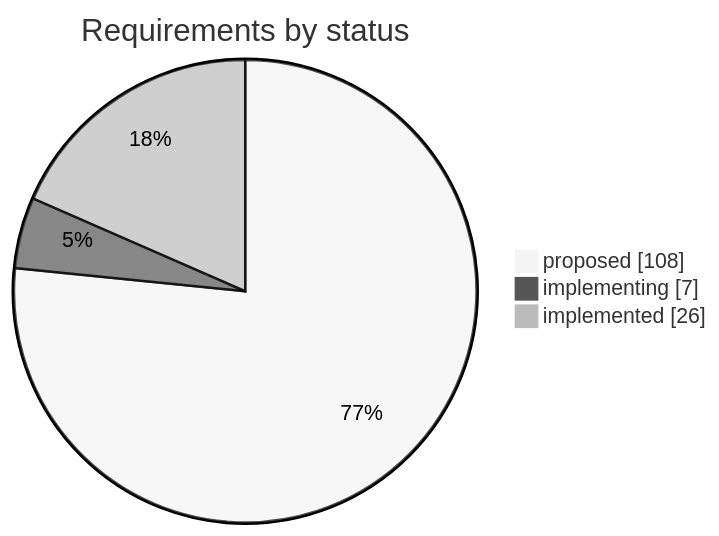
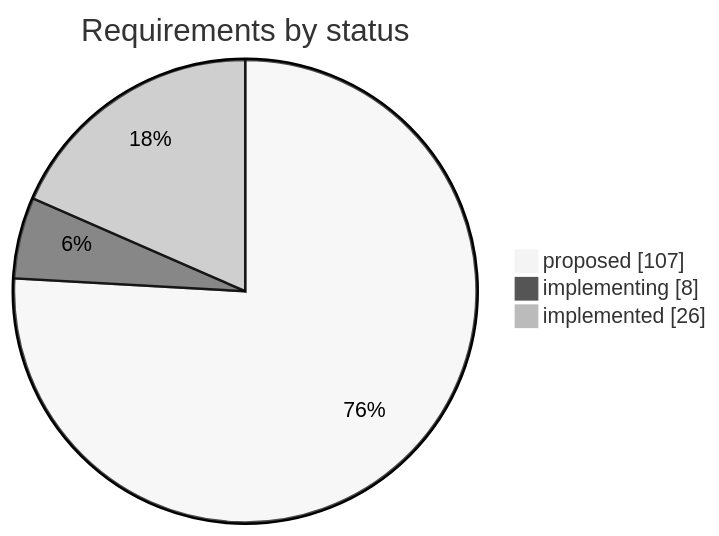
The first of 2 diagrams in STATUS.md (iammaxsu/automatic-testing-architecture), drawn with Mermaid (neutral theme) before and after one commit. The commit also changed other lines of this file and 6 other files, not shown here.

````diff
--- a/STATUS.md
+++ b/STATUS.md
@@ -25,6 +25,6 @@
 ```mermaid
 pie showData title Requirements by status
-    "proposed" : 108
-    "implementing" : 7
+    "proposed" : 107
+    "implementing" : 8
     "implemented" : 26
 ```
````
